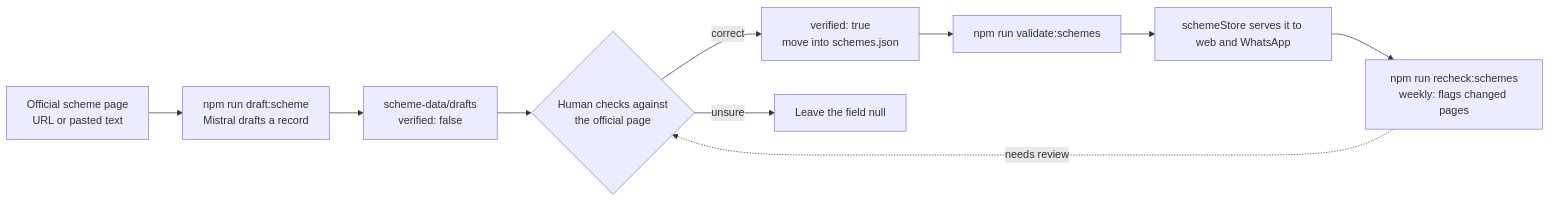
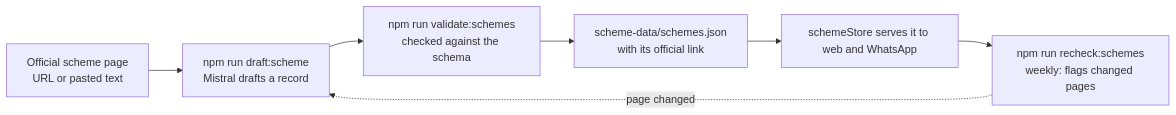
The fifth of 6 diagrams in README.md (PawanBhandari03/BharatSahayak-V2), drawn with Mermaid before and after one commit. The commit also changed other lines of this file and 15 other files, not shown here.

Commit message:
Keep one project document: merge the WhatsApp setup into it and remove the extra notes

````diff
--- a/README.md
+++ b/README.md
@@ -159,12 +157,9 @@
 ```mermaid
 flowchart LR
     U[Official scheme page<br/>URL or pasted text] --> D[npm run draft:scheme<br/>Mistral drafts a record]
-    D --> DR[scheme-data/drafts<br/>verified: false]
-    DR --> H{Human checks against<br/>the official page}
-    H -->|correct| V[verified: true<br/>move into schemes.json]
-    H -->|unsure| NL[Leave the field null]
-    V --> VAL[npm run validate:schemes]
-    VAL --> ST[schemeStore serves it to web and WhatsApp]
+    D --> VAL[npm run validate:schemes<br/>checked against the schema]
+    VAL --> S[scheme-data/schemes.json<br/>with its official link]
+    S --> ST[schemeStore serves it to web and WhatsApp]
     ST --> RC[npm run recheck:schemes<br/>weekly: flags changed pages]
-    RC -.needs review.-> H
+    RC -.page changed.-> D
 ```
````
